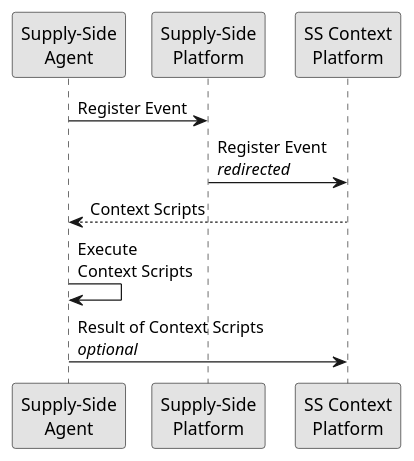
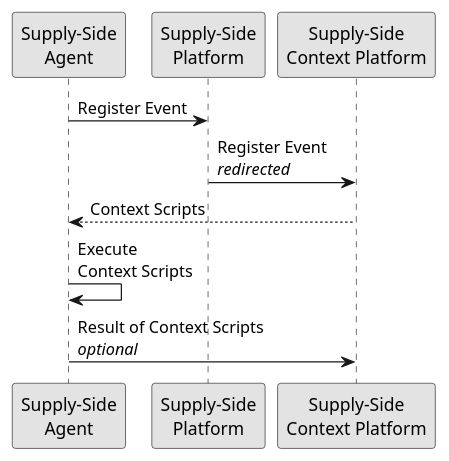
The diagram in protocol/impressions/user_navigates.rst (adshares/adshares-docs), drawn with PlantUML before and after one commit. The commit also changed 4 other files, not shown here.

```diff
--- a/protocol/impressions/user_navigates.rst
+++ b/protocol/impressions/user_navigates.rst
@@ -6,14 +6,14 @@
 .. uml::
     :align: center
 
     skinparam monochrome true
 
-    participant "Supply-Side\nAgent"       as SSA
-    participant "Supply-Side\nPlatform"    as SSP
-    participant "SS Context\nPlatform"     as SSCP
+    participant "Supply-Side\nAgent"                as SSA
+    participant "Supply-Side\nPlatform"             as SSP
+    participant "Supply-Side\nContext Platform"     as SSCP
 
     SSA -> SSP : Register Event
     SSP -> SSCP : Register Event\n//redirected//
     SSCP --> SSA: Context Scripts
     SSA -> SSA: Execute\nContext Scripts
     SSA -> SSCP: Result of Context Scripts\n//optional//
```
